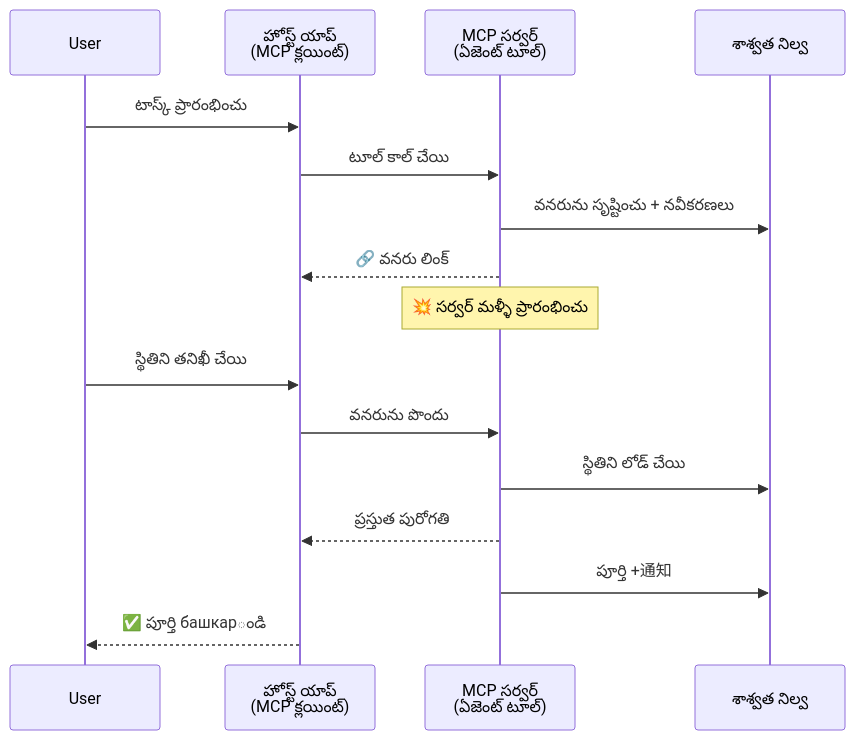
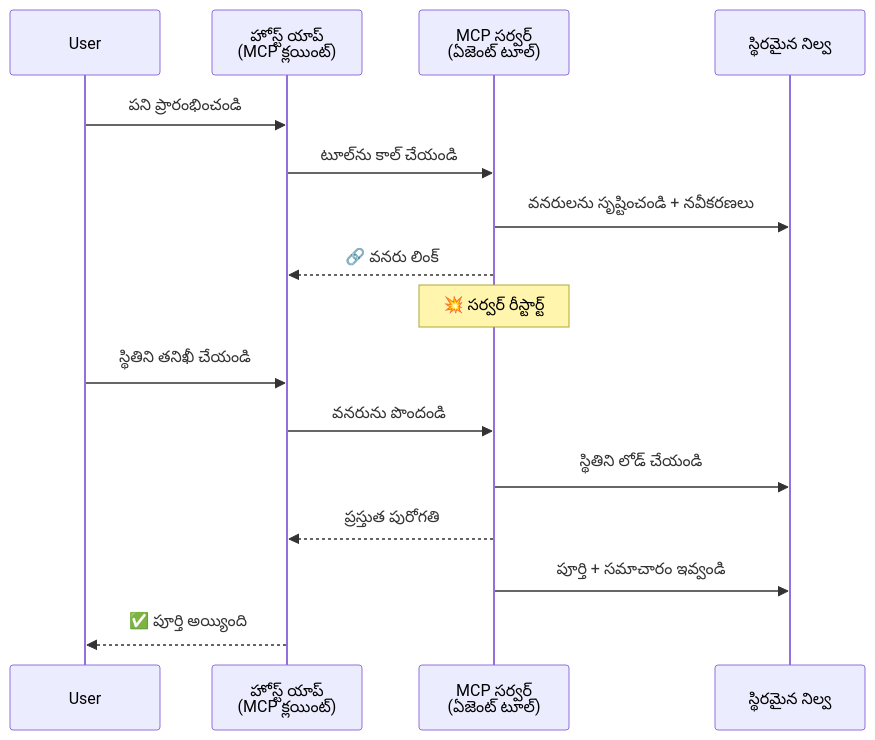
The third of 5 diagrams in mirrors/repos/microsoft@ai-agents-for-beginners/translations/te/11-agentic-protocols/code_samples/mcp-agents/README.md (gabrielmoreira/agent-skills-mirror), drawn with Mermaid before and after one commit. The commit also changed other lines of this file and 4262 other files, not shown here.

````diff
--- a/mirrors/repos/microsoft@ai-agents-for-beginners/translations/te/11-agentic-protocols/code_samples/mcp-agents/README.md
+++ b/mirrors/repos/microsoft@ai-agents-for-beginners/translations/te/11-agentic-protocols/code_samples/mcp-agents/README.md
@@ -123,21 +123,21 @@
 ```mermaid
 sequenceDiagram
     participant User
     participant Host as హోస్ట్ యాప్<br/>(MCP క్లయింట్)
     participant Server as MCP సర్వర్<br/>(ఏజెంట్ టూల్)
-    participant DB as శాశ్వత నిల్వ
+    participant DB as స్థిరమైన నిల్వ
 
-    User->>Host: టాస్క్ ప్రారంభించు
-    Host->>Server: టూల్ కాల్ చేయి
-    Server->>DB: వనరును సృష్టించు + నవీకరణలు
+    User->>Host: పని ప్రారంభించండి
+    Host->>Server: టూల్‌ను కాల్ చేయండి
+    Server->>DB: వనరులను సృష్టించండి + నవీకరణలు
     Server-->>Host: 🔗 వనరు లింక్
 
-    Note over Server: 💥 సర్వర్ మళ్ళీ ప్రారంభించు
+    Note over Server: 💥 సర్వర్ రీస్టార్ట్
 
-    User->>Host: స్థితిని తనిఖీ చేయి
-    Host->>Server: వనరును పొందు
-    Server->>DB: స్థితిని లోడ్ చేయి
+    User->>Host: స్థితిని తనిఖీ చేయండి
+    Host->>Server: వనరును పొందండి
+    Server->>DB: స్థితిని లోడ్ చేయండి
     Server-->>Host: ప్రస్తుత పురోగతి
-    Server->>DB: పూర్తి +通知
-    Host-->>User: ✅ పూర్తి башкарండి
+    Server->>DB: పూర్తి + సమాచారం ఇవ్వండి
+    Host-->>User: ✅ పూర్తి అయ్యింది
 ```
````
